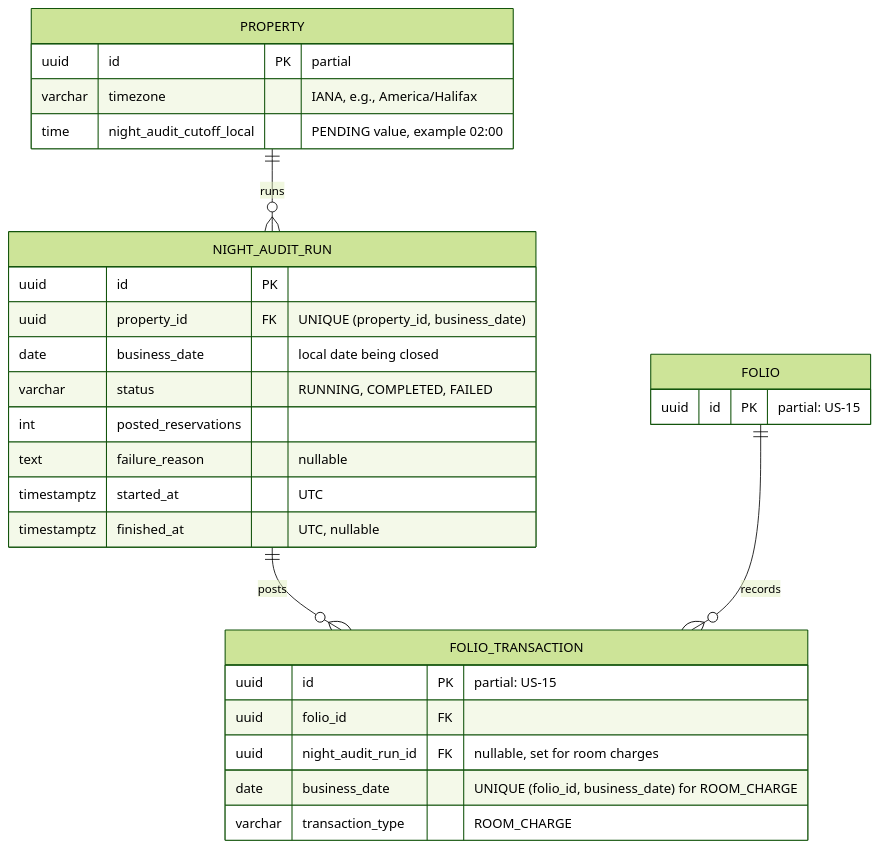
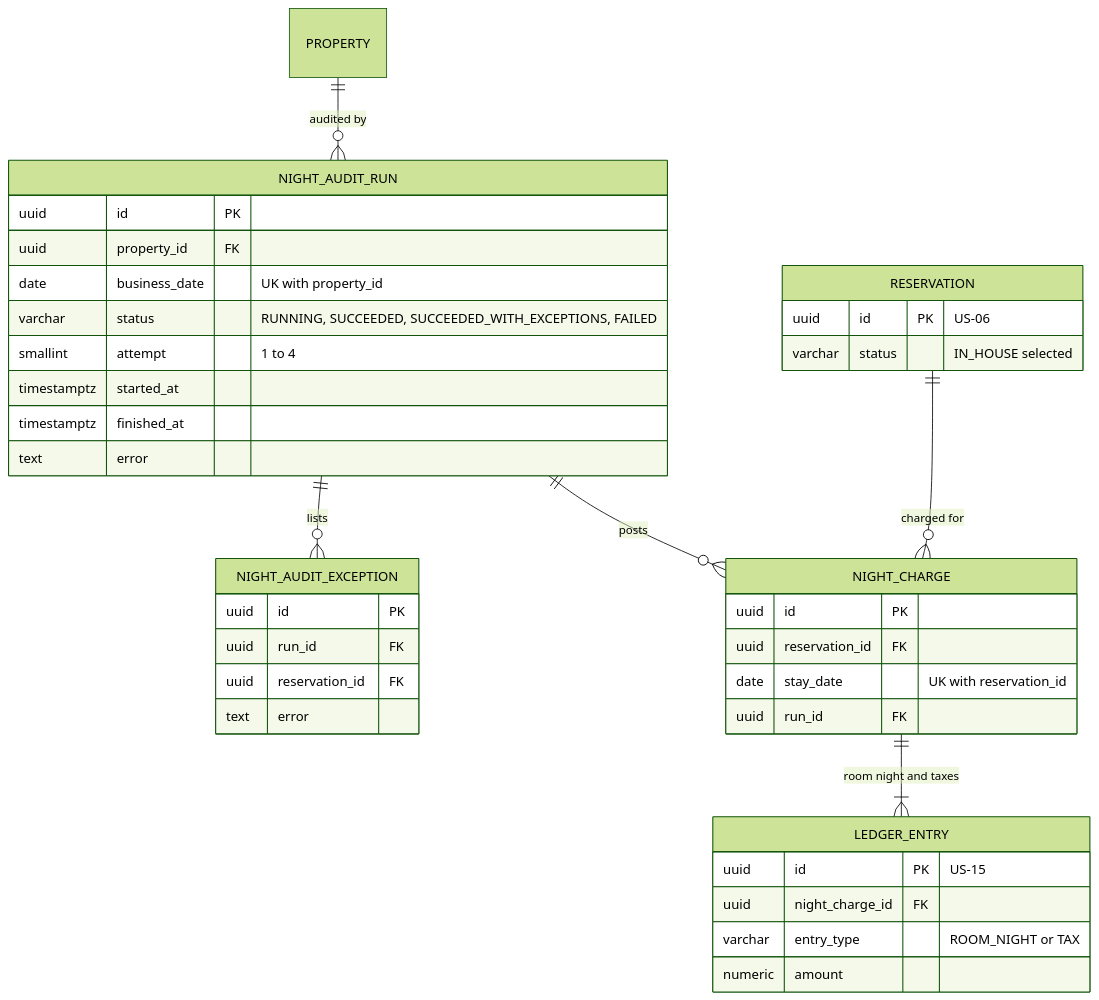
One commit to BraceroInSabot/Motel-Starmie changed the second of 4 diagrams in docs/Initial Requirements/Diagrams/US-14 - Night Audit (End of Day).md. Above: the diagram before and after it, drawn with Mermaid (forest theme). The commit also changed other lines of this file and 51 other files, not shown here.

````diff
--- a/docs/Initial Requirements/Diagrams/US-14 - Night Audit (End of Day).md
+++ b/docs/Initial Requirements/Diagrams/US-14 - Night Audit (End of Day).md
@@ -165,32 +142,41 @@
 ```mermaid
 erDiagram
-    PROPERTY ||--o{ NIGHT_AUDIT_RUN : "runs"
-    NIGHT_AUDIT_RUN ||--o{ FOLIO_TRANSACTION : "posts"
-    FOLIO ||--o{ FOLIO_TRANSACTION : "records"
+    PROPERTY ||--o{ NIGHT_AUDIT_RUN : "audited by"
+    NIGHT_AUDIT_RUN ||--o{ NIGHT_AUDIT_EXCEPTION : "lists"
+    NIGHT_AUDIT_RUN ||--o{ NIGHT_CHARGE : "posts"
+    RESERVATION ||--o{ NIGHT_CHARGE : "charged for"
+    NIGHT_CHARGE ||--|{ LEDGER_ENTRY : "room night and taxes"
 
-    PROPERTY {
-        uuid id PK "partial"
-        varchar timezone "IANA, e.g., America/Halifax"
-        time night_audit_cutoff_local "PENDING value, example 02:00"
-    }
     NIGHT_AUDIT_RUN {
         uuid id PK
-        uuid property_id FK "UNIQUE (property_id, business_date)"
-        date business_date "local date being closed"
-        varchar status "RUNNING, COMPLETED, FAILED"
-        int posted_reservations
-        text failure_reason "nullable"
-        timestamptz started_at "UTC"
-        timestamptz finished_at "UTC, nullable"
+        uuid property_id FK
+        date business_date "UK with property_id"
+        varchar status "RUNNING, SUCCEEDED, SUCCEEDED_WITH_EXCEPTIONS, FAILED"
+        smallint attempt "1 to 4"
+        timestamptz started_at
+        timestamptz finished_at
+        text error
     }
-    FOLIO_TRANSACTION {
-        uuid id PK "partial: US-15"
-        uuid folio_id FK
-        uuid night_audit_run_id FK "nullable, set for room charges"
-        date business_date "UNIQUE (folio_id, business_date) for ROOM_CHARGE"
-        varchar transaction_type "ROOM_CHARGE"
+    NIGHT_AUDIT_EXCEPTION {
+        uuid id PK
+        uuid run_id FK
+        uuid reservation_id FK
+        text error
     }
-    FOLIO {
-        uuid id PK "partial: US-15"
+    NIGHT_CHARGE {
+        uuid id PK
+        uuid reservation_id FK
+        date stay_date "UK with reservation_id"
+        uuid run_id FK
+    }
+    LEDGER_ENTRY {
+        uuid id PK "US-15"
+        uuid night_charge_id FK
+        varchar entry_type "ROOM_NIGHT or TAX"
+        numeric amount
+    }
+    RESERVATION {
+        uuid id PK "US-06"
+        varchar status "IN_HOUSE selected"
     }
 ```
````
